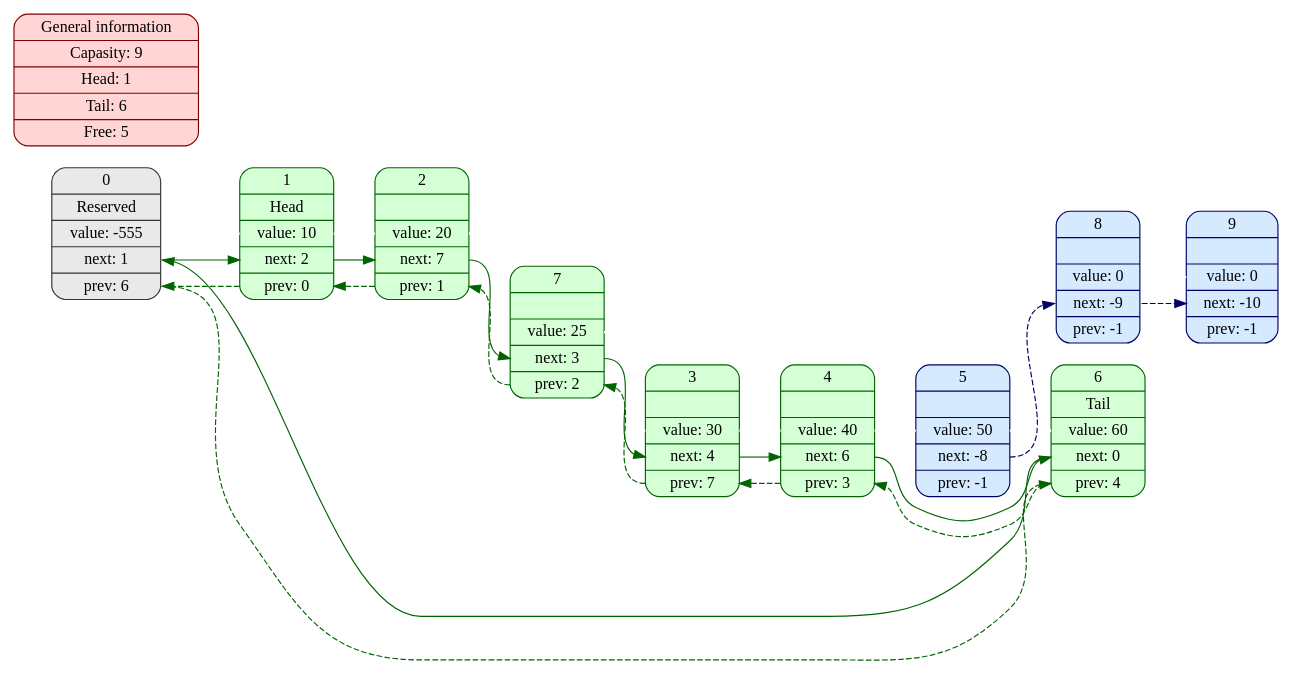
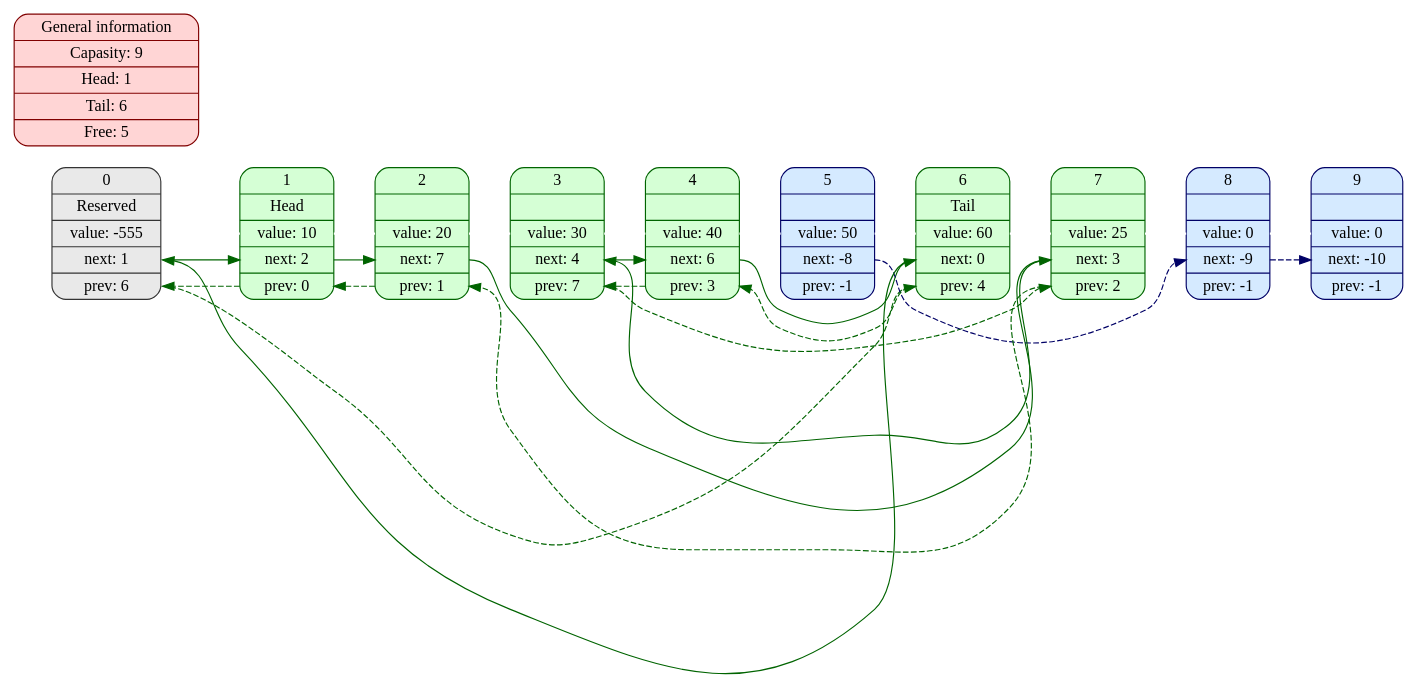
One commit to KuchinaMA/Lists changed the diagram in ListPicture.dot. Above: the diagram before and after it, drawn with Graphviz. The commit also changed 14 other files, not shown here.

```diff
--- a/ListPicture.dot
+++ b/ListPicture.dot
@@ -1,32 +1,32 @@
 digraph {
   rankdir = LR;
   node [shape = Mrecord, color = "#006400", style = filled, fillcolor = "#D5FFD5"];
 {  el0[color = "#333333", style = filled, fillcolor = "#E9E9E9", label = "0 | Reserved | <d0> value: -555 | <n0> next: 1 | <p0> prev: 6"];
   el1[label = "1 | Head | <d1> value: 10 | <n1> next: 2 | <p1> prev: 0"];
   el2[label = "2 | | <d2> value: 20 | <n2> next: 7 | <p2> prev: 1"];
   el3[label = "3 | | <d3> value: 30 | <n3> next: 4 | <p3> prev: 7"];
   el4[label = "4 | | <d4> value: 40 | <n4> next: 6 | <p4> prev: 3"];
   el5[color = "#000066", style = filled, fillcolor = "#D5EAFF", label = "5 | | <d5> value: 50 | <n5> next: -8 | <p5> prev: -1"];
   el6[label = "6 | Tail | <d6> value: 60 | <n6> next: 0 | <p6> prev: 4"];
   el7[label = "7 | | <d7> value: 25 | <n7> next: 3 | <p7> prev: 2"];
   el8[color = "#000066", style = filled, fillcolor = "#D5EAFF", label = "8 | | <d8> value: 0 | <n8> next: -9 | <p8> prev: -1"];
   el9[color = "#000066", style = filled, fillcolor = "#D5EAFF", label = "9 | | <d9> value: 0 | <n9> next: -10 | <p9> prev: -1"];
   el0: <d0> ->el1: <d1> ->el2: <d2> ->el3: <d3> ->el4: <d4> ->el5: <d5> ->el6: <d6> ->el7: <d7> ->el8: <d8> ->el9: <d9> [weight = 1000, style = "bold", arrowhead = "none", color = "#FFFFFF"];
-  el1: <n1> -> el2: <n2> [color = "#006400"];
-  el2: <n2> -> el7: <n7> [color = "#006400"];
-  el7: <n7> -> el3: <n3> [color = "#006400"];
-  el3: <n3> -> el4: <n4> [color = "#006400"];
-  el4: <n4> -> el6: <n6> [color = "#006400"];
-  el6: <n6> -> el0: <n0> [color = "#006400"];
-  el0: <n0> -> el1: <n1> [weight = 1, color = "#006400"];
-  el6: <p6> -> el4: <p4> [weight = 1, color = "#006400", style = "dashed"];
-  el4: <p4> -> el3: <p3> [weight = 1, color = "#006400", style = "dashed"];
-  el3: <p3> -> el7: <p7> [weight = 1, color = "#006400", style = "dashed"];
-  el7: <p7> -> el2: <p2> [weight = 1, color = "#006400", style = "dashed"];
-  el2: <p2> -> el1: <p1> [weight = 1, color = "#006400", style = "dashed"];
-  el1: <p1> -> el0: <p0> [weight = 1, color = "#006400", style = "dashed"];
-  el0: <p0> -> el6: <p6> [weight = 1, color = "#006400", style = "dashed"];
-  el5: <n5> -> el8: <n8> [weight = 1, color = "#000066", style = "dashed"];
-  el8: <n8> -> el9: <n9> [weight = 1, color = "#000066", style = "dashed"];
+  el1: <n1> -> el2: <n2> [constraint = false, weight = 1, color = "#006400"];
+  el2: <n2> -> el7: <n7> [constraint = false, weight = 1, color = "#006400"];
+  el7: <n7> -> el3: <n3> [constraint = false, weight = 1, color = "#006400"];
+  el3: <n3> -> el4: <n4> [constraint = false, weight = 1, color = "#006400"];
+  el4: <n4> -> el6: <n6> [constraint = false, weight = 1, color = "#006400"];
+  el6: <n6> -> el0: <n0> [constraint = false, weight = 1, color = "#006400"];
+  el0: <n0> -> el1: <n1> [constraint = false, weight = 1, color = "#006400"];
+  el6: <p6> -> el4: <p4> [constraint = false, weight = 1, color = "#006400", style = "dashed"];
+  el4: <p4> -> el3: <p3> [constraint = false, weight = 1, color = "#006400", style = "dashed"];
+  el3: <p3> -> el7: <p7> [constraint = false, weight = 1, color = "#006400", style = "dashed"];
+  el7: <p7> -> el2: <p2> [constraint = false, weight = 1, color = "#006400", style = "dashed"];
+  el2: <p2> -> el1: <p1> [constraint = false, weight = 1, color = "#006400", style = "dashed"];
+  el1: <p1> -> el0: <p0> [constraint = false, weight = 1, color = "#006400", style = "dashed"];
+  el0: <p0> -> el6: <p6> [constraint = false, weight = 1, color = "#006400", style = "dashed"];
+  el5: <n5> -> el8: <n8> [constraint = false, weight = 1, color = "#000066", style = "dashed"];
+  el8: <n8> -> el9: <n9> [constraint = false, weight = 1, color = "#000066", style = "dashed"];
 }{  general[color = "#800000", style = filled, fillcolor = "#FFD5D5", label = "General information |      Capasity: 9 | Head: 1 | Tail: 6 | Free: 5"];
 }}
```
